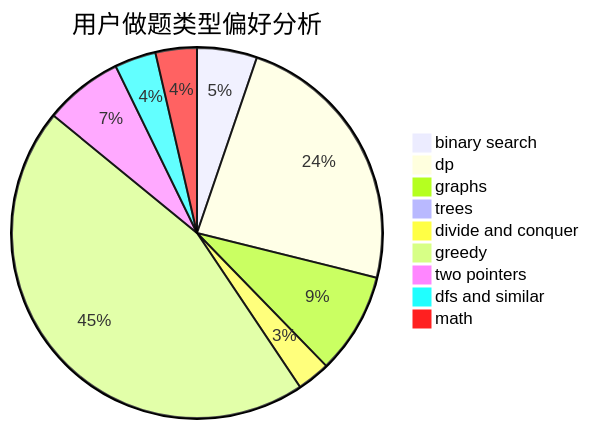
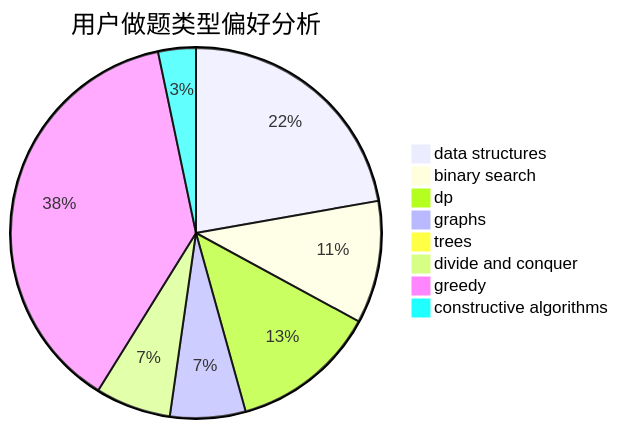
The second of 3 diagrams in docs/user/u1958.md (sherpahu/cfrs.github.io), drawn with Mermaid before and after one commit. The commit also changed other lines of this file and 2775 other files, not shown here.

````diff
--- a/docs/user/u1958.md
+++ b/docs/user/u1958.md
@@ -23,12 +23,11 @@
 ```mermaid
 pie title 用户做题类型偏好分析
-    "binary search" :  29
-    "dp" :  131
-    "graphs" :  49
-    "trees" :  3
+    "data structures" :  54
+    "binary search" :  26
+    "dp" :  31
+    "graphs" :  16
+    "trees" :  0
     "divide and conquer" :  16
-    "greedy" :  251
-    "two pointers" :  38
-    "dfs and similar" :  20
-    "math" :  20
+    "greedy" :  92
+    "constructive algorithms" :  8
 ```
````
